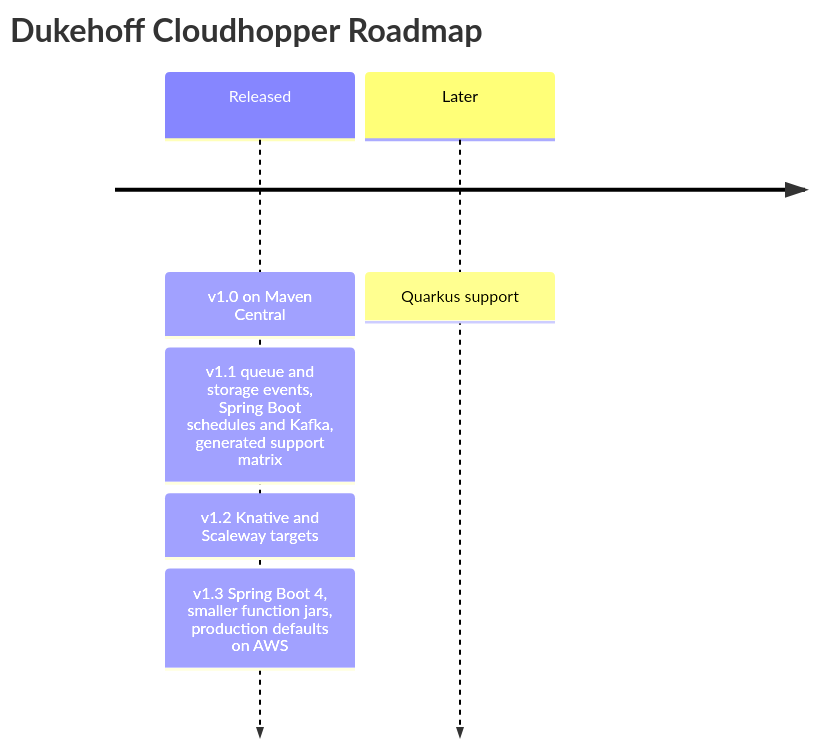
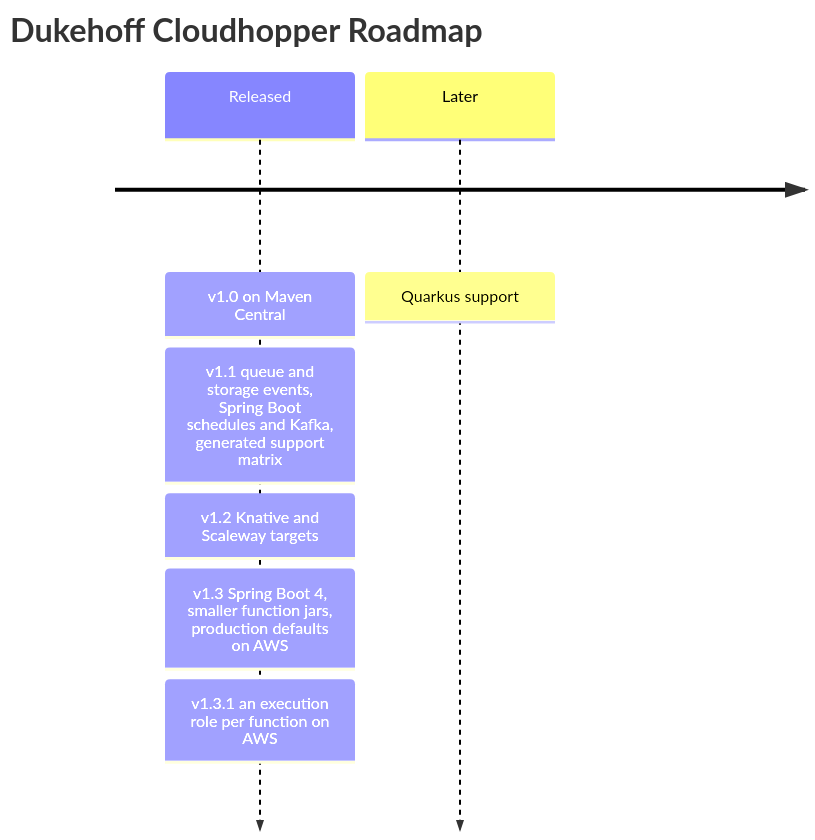
Before and after one commit to dukehoff-gmbh/dukehoff-cloudhopper: the diagram in docs/docs/roadmap.mdx, drawn with Mermaid. The commit also changed other lines of this file and 4 other files, not shown here.

````diff
--- a/docs/docs/roadmap.mdx
+++ b/docs/docs/roadmap.mdx
@@ -11,9 +11,10 @@
 ```mermaid
 timeline
   title Dukehoff Cloudhopper Roadmap
   Released : v1.0 on Maven Central
            : v1.1 queue and storage events, Spring Boot schedules and Kafka, generated support matrix
            : v1.2 Knative and Scaleway targets
            : v1.3 Spring Boot 4, smaller function jars, production defaults on AWS
+           : v1.3.1 an execution role per function on AWS
   Later : Quarkus support
 ```
````
